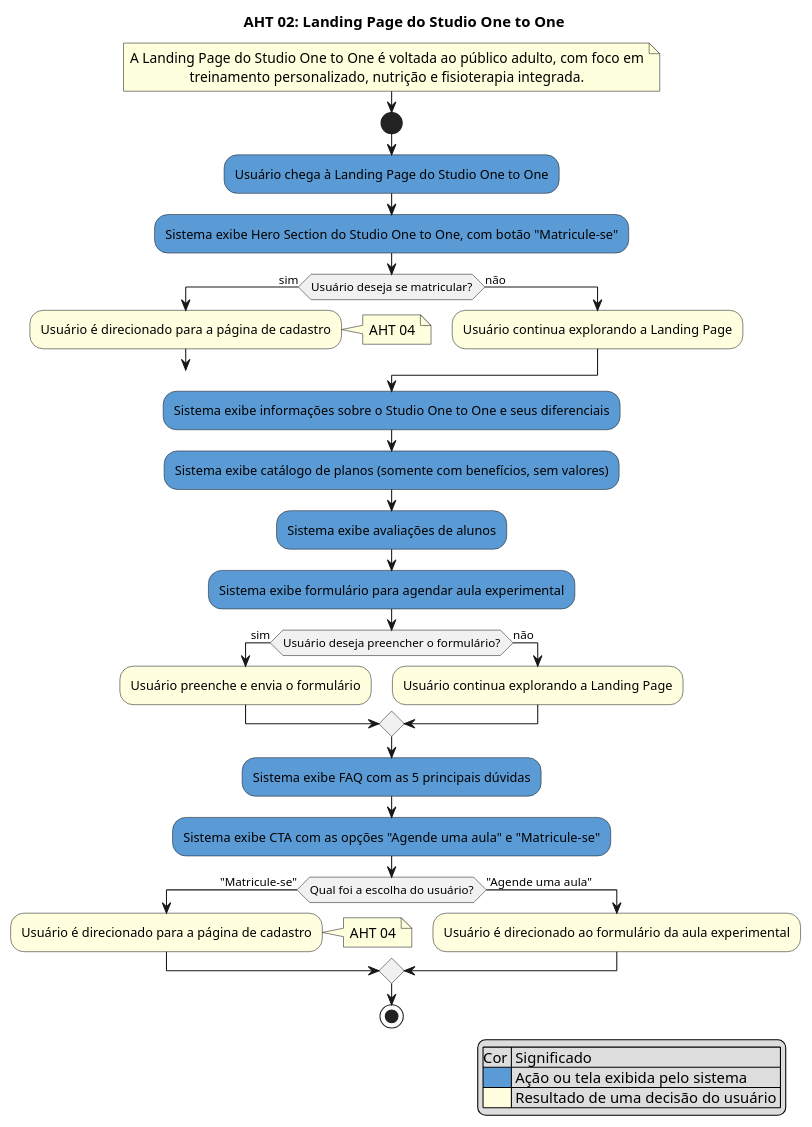
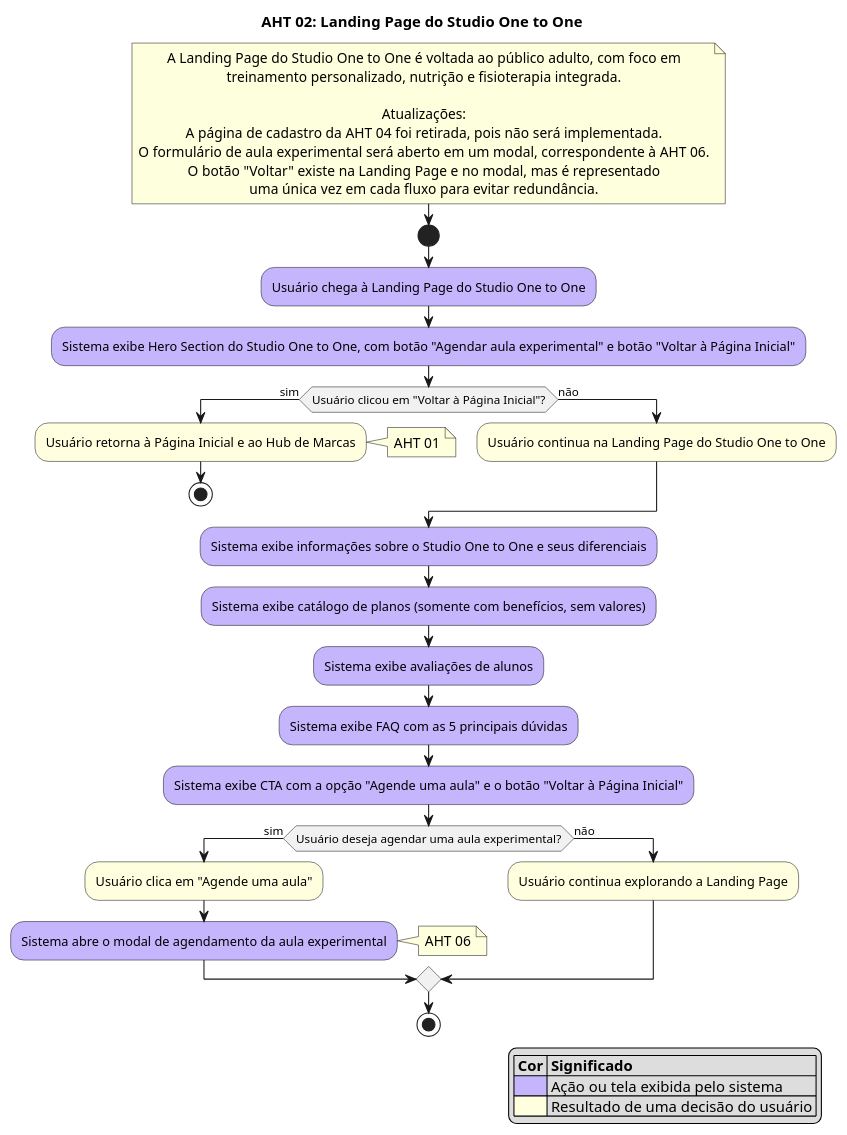
One commit to tav-ibmec/PFE-2026-2-Grupo-1-vanila changed the diagram in Documentos/AHTs/AHT02-OnetoOne-landing-page.puml. Above: the diagram before and after it, drawn with PlantUML. The commit also changed 2 other files, not shown here.

Commit message:
Apagando foto antiga da AHT 02

```diff
--- a/Documentos/AHTs/AHT02-OnetoOne-landing-page.puml
+++ b/Documentos/AHTs/AHT02-OnetoOne-landing-page.puml
@@ -1,50 +1,50 @@
 @startuml AHT02-OnetoOne-landing-page
 skinparam DefaultTextAlignment center
 title AHT 02: Landing Page do Studio One to One
 
 note right
   A Landing Page do Studio One to One é voltada ao público adulto, com foco em
   treinamento personalizado, nutrição e fisioterapia integrada.
+
+  Atualizações:
+  A página de cadastro da AHT 04 foi retirada, pois não será implementada.
+  O formulário de aula experimental será aberto em um modal, correspondente à AHT 06.
+  O botão "Voltar" existe na Landing Page e no modal, mas é representado
+  uma única vez em cada fluxo para evitar redundância.
 end note
 
 start
 
-#5B9BD5:Usuário chega à Landing Page do Studio One to One;
-#5B9BD5:Sistema exibe Hero Section do Studio One to One, com botão "Matricule-se";
+#C4B5FD:Usuário chega à Landing Page do Studio One to One;
+#C4B5FD:Sistema exibe Hero Section do Studio One to One, com botão "Agendar aula experimental" e botão "Voltar à Página Inicial";
 
-if (Usuário deseja se matricular?) then (sim)
-  #lightyellow:Usuário é direcionado para a página de cadastro;
-  note right: AHT 04
-  break
-  else (não)
+if (Usuário clicou em "Voltar à Página Inicial"?) then (sim)
+  #lightyellow:Usuário retorna à Página Inicial e ao Hub de Marcas;
+  note right: AHT 01
+  stop
+else (não)
+  #lightyellow:Usuário continua na Landing Page do Studio One to One;
+endif
+
+#C4B5FD:Sistema exibe informações sobre o Studio One to One e seus diferenciais;
+#C4B5FD:Sistema exibe catálogo de planos (somente com benefícios, sem valores);
+#C4B5FD:Sistema exibe avaliações de alunos;
+#C4B5FD:Sistema exibe FAQ com as 5 principais dúvidas;
+#C4B5FD:Sistema exibe CTA com a opção "Agende uma aula" e o botão "Voltar à Página Inicial";
+
+if (Usuário deseja agendar uma aula experimental?) then (sim)
+  #lightyellow:Usuário clica em "Agende uma aula";
+  #C4B5FD:Sistema abre o modal de agendamento da aula experimental;
+  note right: AHT 06
+else (não)
   #lightyellow:Usuário continua explorando a Landing Page;
-  endif
-
-#5B9BD5:Sistema exibe informações sobre o Studio One to One e seus diferenciais;
-#5B9BD5:Sistema exibe catálogo de planos (somente com benefícios, sem valores);
-#5B9BD5:Sistema exibe avaliações de alunos;
-#5B9BD5:Sistema exibe formulário para agendar aula experimental;
-if (Usuário deseja preencher o formulário?) then (sim)
-  #lightyellow:Usuário preenche e envia o formulário;
-  else (não)
-  #lightyellow:Usuário continua explorando a Landing Page;
-  endif
-
-#5B9BD5:Sistema exibe FAQ com as 5 principais dúvidas;
-#5B9BD5:Sistema exibe CTA com as opções "Agende uma aula" e "Matricule-se";
-
-if (Qual foi a escolha do usuário?) then ("Matricule-se")
-  #lightyellow:Usuário é direcionado para a página de cadastro;
-  note right: AHT 04
-  else ("Agende uma aula")
-  #lightyellow:Usuário é direcionado ao formulário da aula experimental;
 endif
 
 legend right
-  |Cor | Significado|
-  |<#5B9BD5>| Ação ou tela exibida pelo sistema |
+  |= Cor |= Significado |
+  |<#C4B5FD>| Ação ou tela exibida pelo sistema |
   |<#lightyellow>| Resultado de uma decisão do usuário |
 endlegend
 
 stop
 @enduml
```
